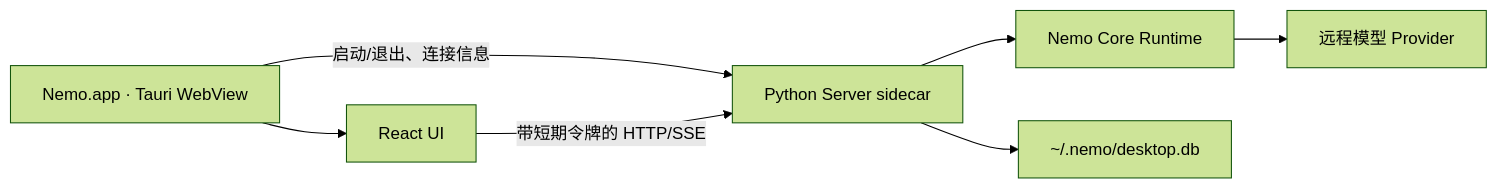
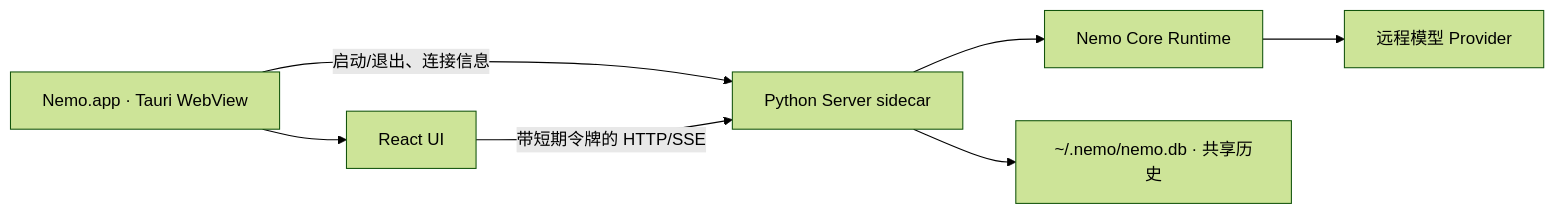
Before and after one commit to jiayu5/Nemo: the diagram in docs/design/macos-app.md, drawn with Mermaid (forest theme). The commit also changed other lines of this file and 87 other files, not shown here.

````diff
--- a/docs/design/macos-app.md
+++ b/docs/design/macos-app.md
@@ -9,9 +9,9 @@
 ```mermaid
 flowchart LR
     Window["Nemo.app · Tauri WebView"] --> UI["React UI"]
     Window -->|启动/退出、连接信息| Sidecar["Python Server sidecar"]
     UI -->|带短期令牌的 HTTP/SSE| Sidecar
     Sidecar --> Core["Nemo Core Runtime"]
-    Sidecar --> DB["~/.nemo/desktop.db"]
+    Sidecar --> DB["~/.nemo/nemo.db · 共享历史"]
     Core --> Provider["远程模型 Provider"]
 ```
````
